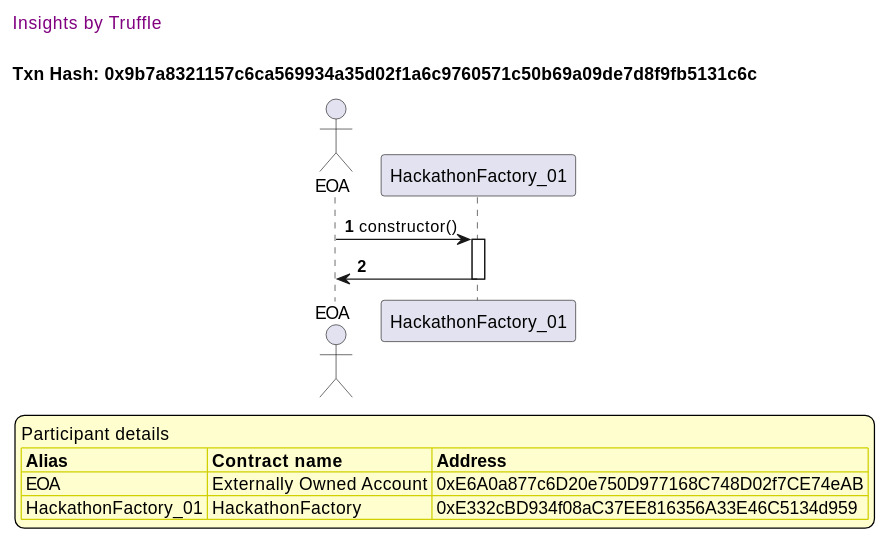
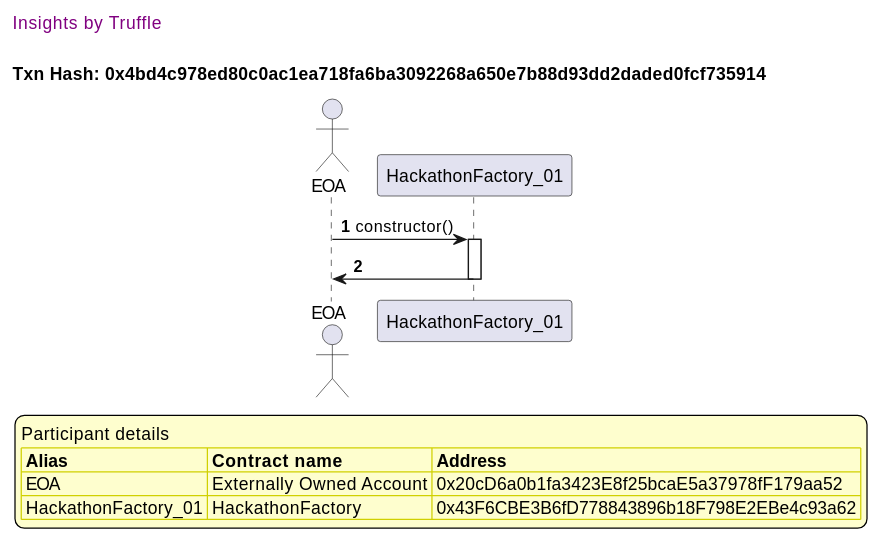
One commit to fodisi/hackapay changed the first of 11 diagrams in truffle-seq/factory_hackathonfactory.md. Above: the diagram before and after it, drawn with PlantUML. The commit also changed other lines of this file and 10 other files, not shown here.

````diff
--- a/truffle-seq/factory_hackathonfactory.md
+++ b/truffle-seq/factory_hackathonfactory.md
@@ -13,37 +13,37 @@
 ```plantuml
 
 
 @startuml
 
 autonumber
 skinparam legendBackgroundColor #FEFECE
 
 <style>
       header {
         HorizontalAlignment left
         FontColor purple
         FontSize 14
         Padding 10
       }
     </style>
 
 header Insights by Truffle
 
-title Txn Hash: 0x9b7a8321157c6ca569934a35d02f1a6c9760571c50b69a09de7d8f9fb5131c6c
+title Txn Hash: 0x4bd4c978ed80c0ac1ea718fa6ba3092268a650e7b88d93dd2daded0fcf735914
 
 
 actor EOA as "EOA"
 participant HackathonFactory_01 as "HackathonFactory_01"
 
 "EOA" -> "HackathonFactory_01" ++: constructor()
 "HackathonFactory_01" -> "EOA" --: 
 
 legend
 Participant details
 <#FEFECE,#D0D000>|= Alias |= Contract name |= Address |
-<#FEFECE>| EOA | Externally Owned Account | 0xE6A0a877c6D20e750D977168C748D02f7CE74eAB |
-<#FEFECE>| HackathonFactory_01 | HackathonFactory | 0xE332cBD934f08aC37EE816356A33E46C5134d959 |
+<#FEFECE>| EOA | Externally Owned Account | 0x20cD6a0b1fa3423E8f25bcaE5a37978fF179aa52 |
+<#FEFECE>| HackathonFactory_01 | HackathonFactory | 0x43F6CBE3B6fD778843896b18F798E2EBe4c93a62 |
 endlegend
 
 @enduml
 ```
````
